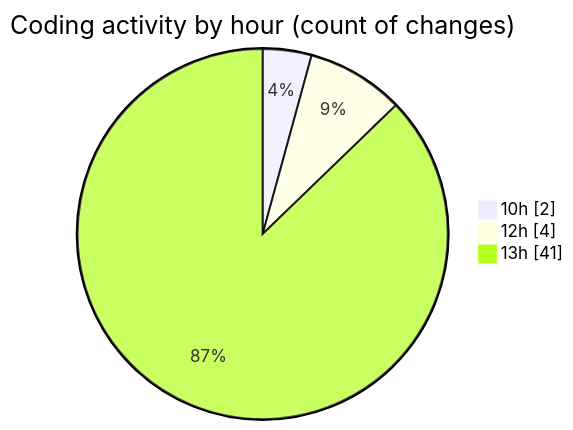
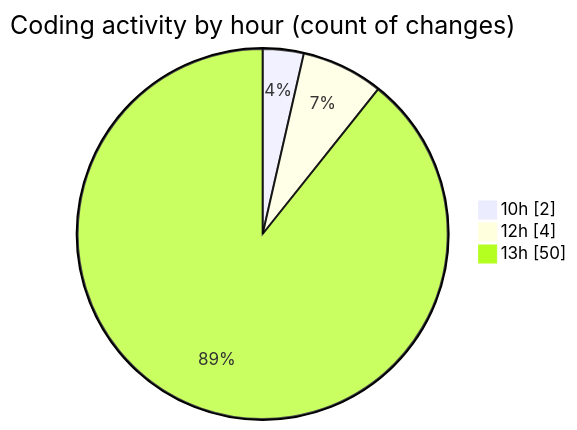
The second of 2 diagrams in 2026-04-30/cda/README.md (momahboobian/code-tracking), drawn with Mermaid before and after one commit. The commit also changed other lines of this file and 1 other file, not shown here.

````diff
--- a/2026-04-30/cda/README.md
+++ b/2026-04-30/cda/README.md
@@ -65,7 +66,7 @@
 ```mermaid
 pie showData
 title Coding activity by hour (count of changes)
 "10h" : 2
 "12h" : 4
-"13h" : 41
+"13h" : 50
 ```
````
